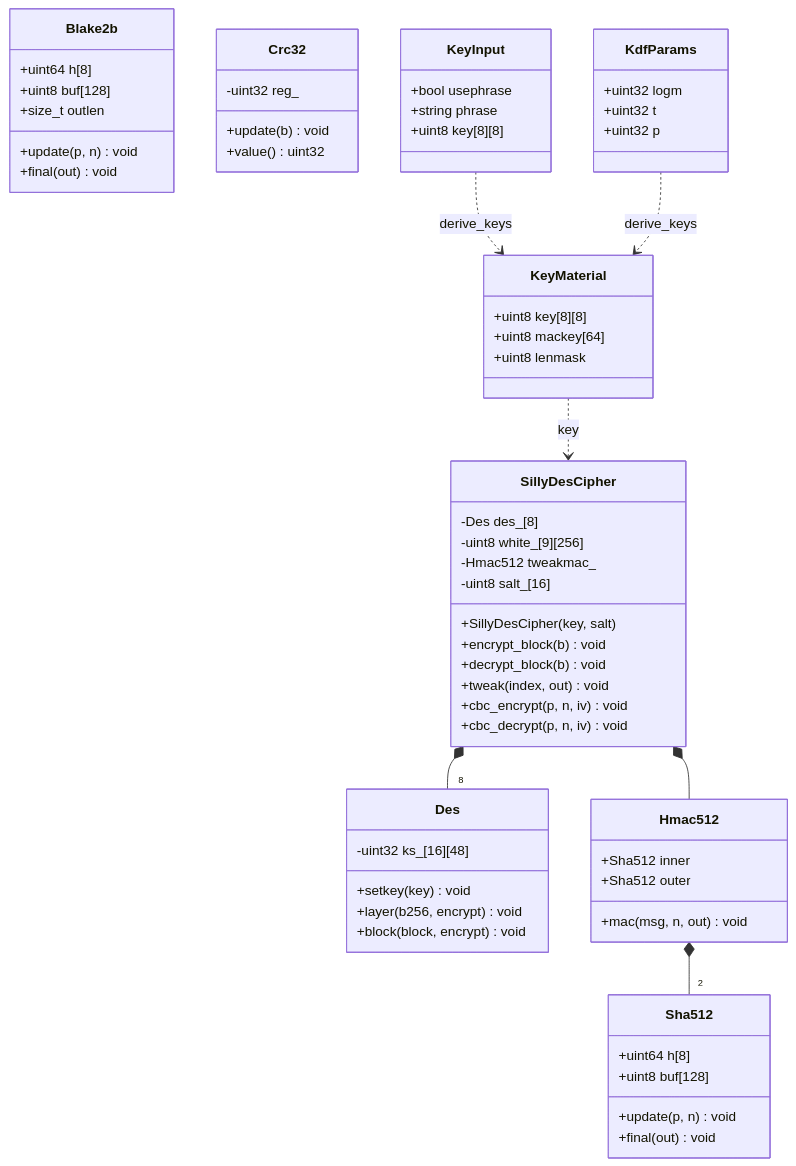
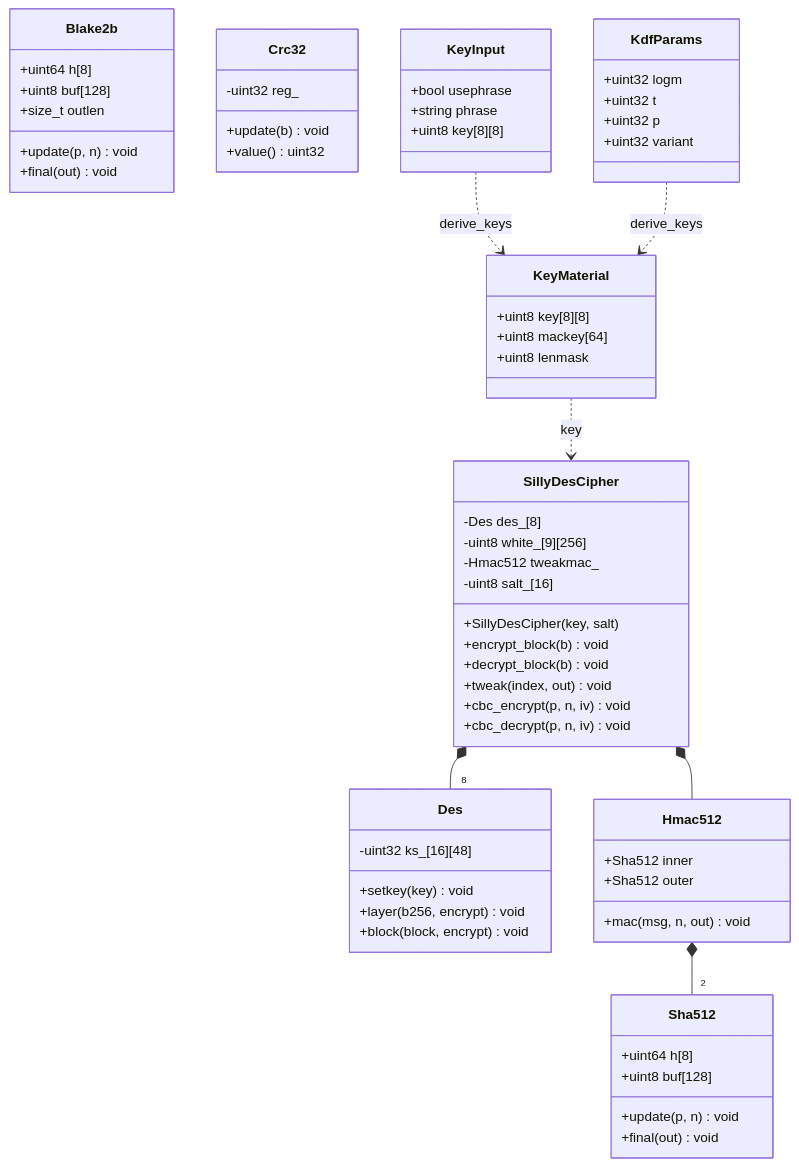
Before and after one commit to avw1ein/sillydes: the second of 10 diagrams in STRUCTURE.md, drawn with Mermaid. The commit also changed other lines of this file and 21 other files, not shown here.

````diff
--- a/STRUCTURE.md
+++ b/STRUCTURE.md
@@ -98,66 +98,67 @@
 ```mermaid
 classDiagram
     class SillyDesCipher {
         -Des des_[8]
         -uint8 white_[9][256]
         -Hmac512 tweakmac_
         -uint8 salt_[16]
         +SillyDesCipher(key, salt)
         +encrypt_block(b) void
         +decrypt_block(b) void
         +tweak(index, out) void
         +cbc_encrypt(p, n, iv) void
         +cbc_decrypt(p, n, iv) void
     }
     class Des {
         -uint32 ks_[16][48]
         +setkey(key) void
         +layer(b256, encrypt) void
         +block(block, encrypt) void
     }
     class Sha512 {
         +uint64 h[8]
         +uint8 buf[128]
         +update(p, n) void
         +final(out) void
     }
     class Hmac512 {
         +Sha512 inner
         +Sha512 outer
         +mac(msg, n, out) void
     }
     class Blake2b {
         +uint64 h[8]
         +uint8 buf[128]
         +size_t outlen
         +update(p, n) void
         +final(out) void
     }
     class Crc32 {
         -uint32 reg_
         +update(b) void
         +value() uint32
     }
     class KeyInput {
         +bool usephrase
         +string phrase
         +uint8 key[8][8]
     }
     class KeyMaterial {
         +uint8 key[8][8]
         +uint8 mackey[64]
         +uint8 lenmask
     }
     class KdfParams {
         +uint32 logm
         +uint32 t
         +uint32 p
+        +uint32 variant
     }
 
     SillyDesCipher *-- "8" Des
     SillyDesCipher *-- Hmac512
     Hmac512 *-- "2" Sha512
     KeyInput ..> KeyMaterial : derive_keys
     KdfParams ..> KeyMaterial : derive_keys
     KeyMaterial ..> SillyDesCipher : key
 ```
````
